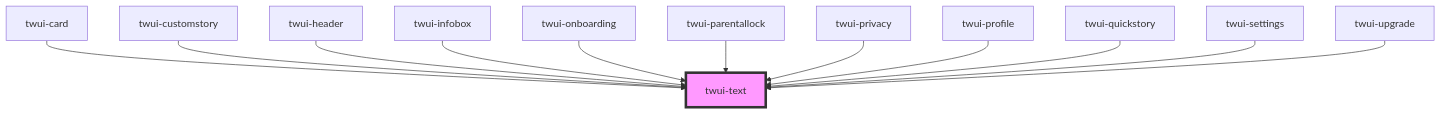
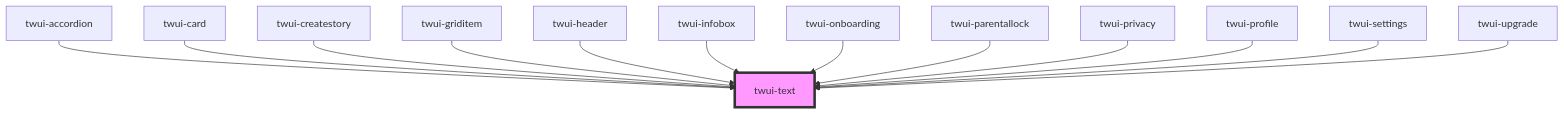
The diagram in src/frontend/src/components/twui/src/components/molecules/text/readme.md (frostaura/TaleWeaver), drawn with Mermaid before and after one commit. The commit also changed other lines of this file and 26 other files, not shown here.

````diff
--- a/src/frontend/src/components/twui/src/components/molecules/text/readme.md
+++ b/src/frontend/src/components/twui/src/components/molecules/text/readme.md
@@ -33,15 +34,16 @@
 ```mermaid
 graph TD;
+  twui-accordion --> twui-text
   twui-card --> twui-text
-  twui-customstory --> twui-text
+  twui-createstory --> twui-text
+  twui-griditem --> twui-text
   twui-header --> twui-text
   twui-infobox --> twui-text
   twui-onboarding --> twui-text
   twui-parentallock --> twui-text
   twui-privacy --> twui-text
   twui-profile --> twui-text
-  twui-quickstory --> twui-text
   twui-settings --> twui-text
   twui-upgrade --> twui-text
   style twui-text fill:#f9f,stroke:#333,stroke-width:4px
 ```
````
